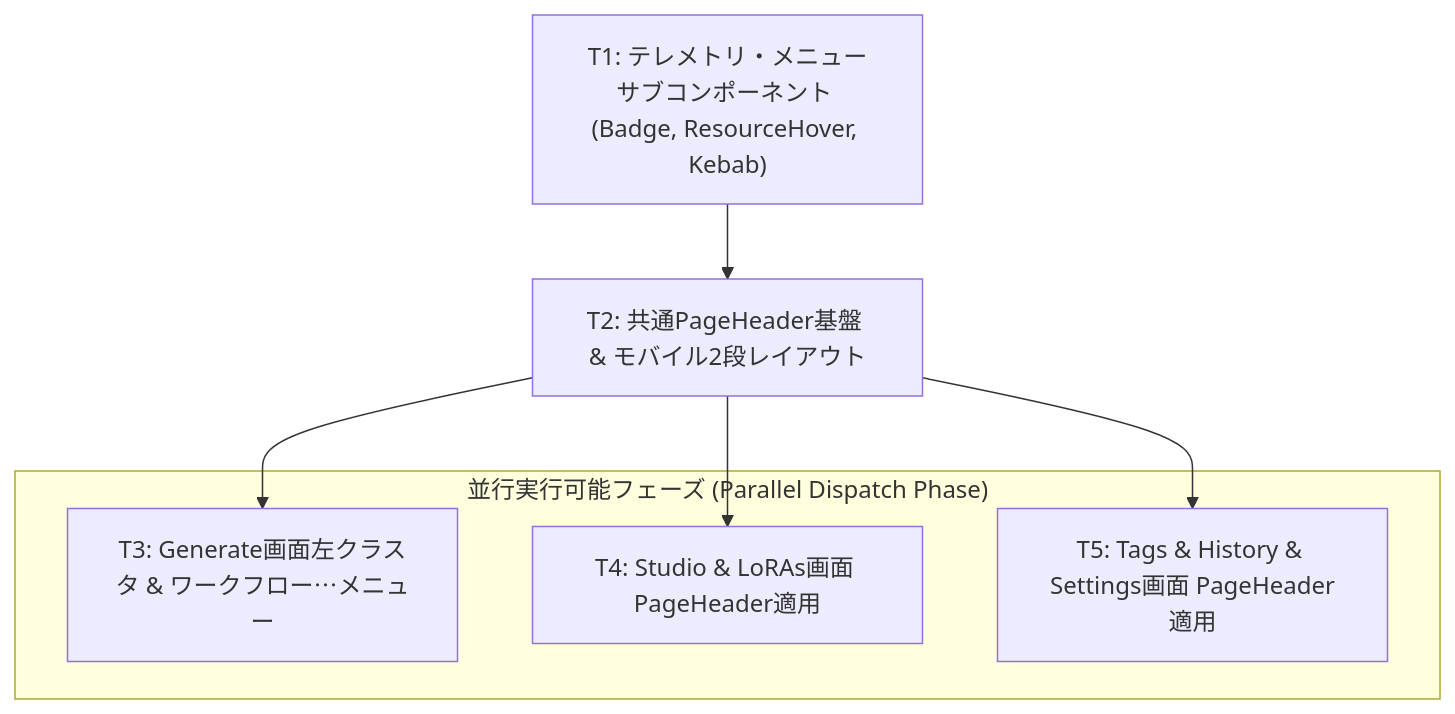
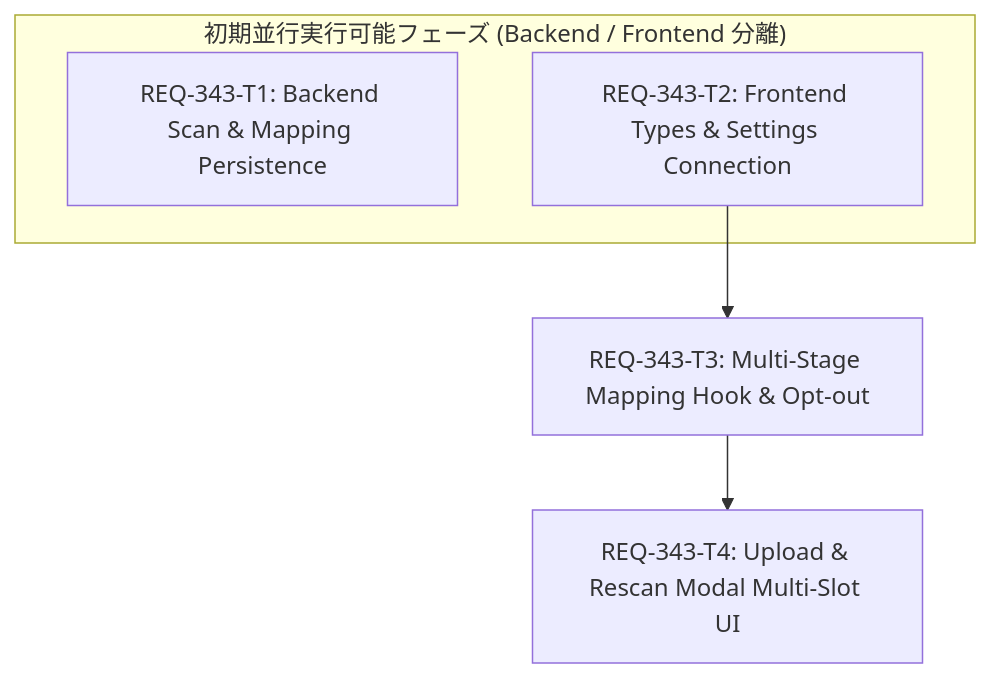
The diagram in implementation_plan.md (TAKE4548/comfy-create-helper2), drawn with Mermaid before and after one commit. The commit also changed other lines of this file and 21 other files, not shown here.

````diff
--- a/implementation_plan.md
+++ b/implementation_plan.md
@@ -61,13 +57,15 @@
 ```mermaid
 graph TD
-  REQ-341-T1["T1: テレメトリ・メニューサブコンポーネント (Badge, ResourceHover, Kebab)"] --> REQ-341-T2["T2: 共通PageHeader基盤 & モバイル2段レイアウト"]
-  REQ-341-T2 --> REQ-341-T3["T3: Generate画面左クラスタ & ワークフロー⋯メニュー"]
-  REQ-341-T2 --> REQ-341-T4["T4: Studio & LoRAs画面 PageHeader適用"]
-  REQ-341-T2 --> REQ-341-T5["T5: Tags & History & Settings画面 PageHeader適用"]
+  REQ-343-T1["REQ-343-T1: Backend Scan & Mapping Persistence"]
+  REQ-343-T2["REQ-343-T2: Frontend Types & Settings Connection"]
+  REQ-343-T3["REQ-343-T3: Multi-Stage Mapping Hook & Opt-out"]
+  REQ-343-T4["REQ-343-T4: Upload & Rescan Modal Multi-Slot UI"]
   
-  subgraph Parallel_Phase ["並行実行可能フェーズ (Parallel Dispatch Phase)"]
-    REQ-341-T3
-    REQ-341-T4
-    REQ-341-T5
+  REQ-343-T2 --> REQ-343-T3
+  REQ-343-T3 --> REQ-343-T4
+
+  subgraph Parallel_Initial_Phase ["初期並行実行可能フェーズ (Backend / Frontend 分離)"]
+    REQ-343-T1
+    REQ-343-T2
   end
 ```
````
